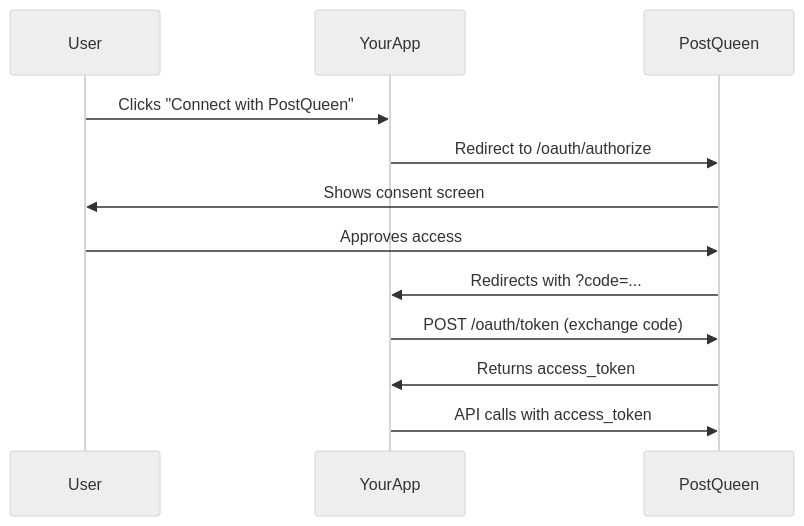
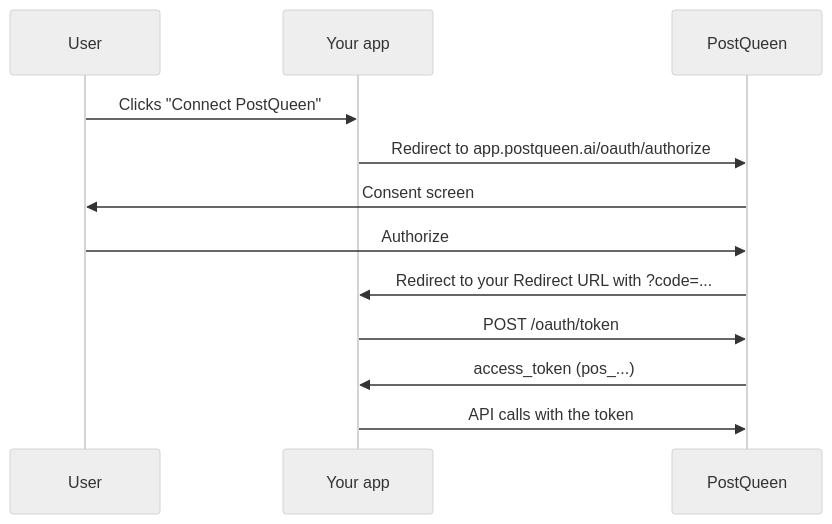
One commit to GkhanKINAY/postqueen-docs changed the diagram in public-api/oauth.mdx. Above: the diagram before and after it, drawn with Mermaid (neutral theme). The commit also changed other lines of this file and 2 other files, not shown here.

Commit message:
Rewrite the OAuth pages for Connections and self-registering clients.

````diff
--- a/public-api/oauth.mdx
+++ b/public-api/oauth.mdx
@@ -18,15 +13,15 @@
 ```mermaid
 sequenceDiagram
     participant User
-    participant YourApp
+    participant YourApp as Your app
     participant PostQueen
 
-    User->>YourApp: Clicks "Connect with PostQueen"
-    YourApp->>PostQueen: Redirect to /oauth/authorize
-    PostQueen->>User: Shows consent screen
-    User->>PostQueen: Approves access
-    PostQueen->>YourApp: Redirects with ?code=...
-    YourApp->>PostQueen: POST /oauth/token (exchange code)
-    PostQueen->>YourApp: Returns access_token
-    YourApp->>PostQueen: API calls with access_token
+    User->>YourApp: Clicks "Connect PostQueen"
+    YourApp->>PostQueen: Redirect to app.postqueen.ai/oauth/authorize
+    PostQueen->>User: Consent screen
+    User->>PostQueen: Authorize
+    PostQueen->>YourApp: Redirect to your Redirect URL with ?code=...
+    YourApp->>PostQueen: POST /oauth/token
+    PostQueen->>YourApp: access_token (pos_...)
+    YourApp->>PostQueen: API calls with the token
 ```
````
